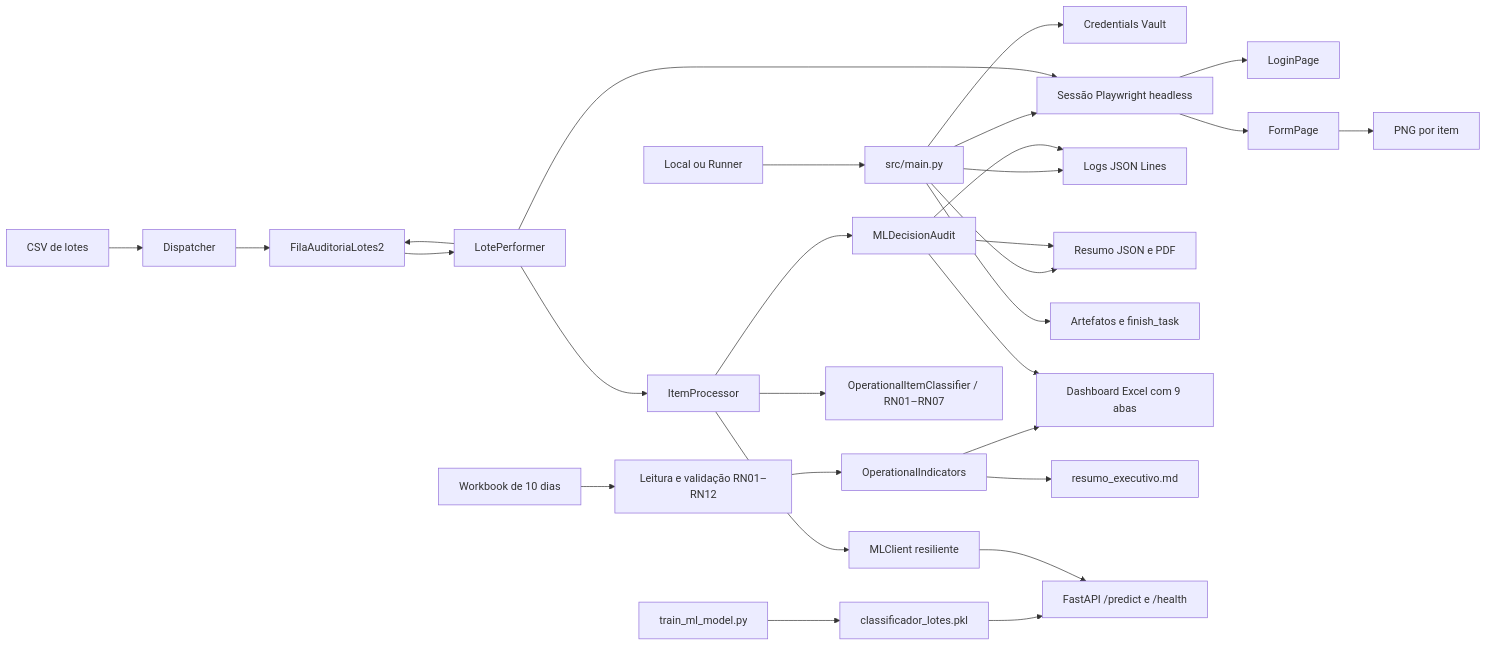
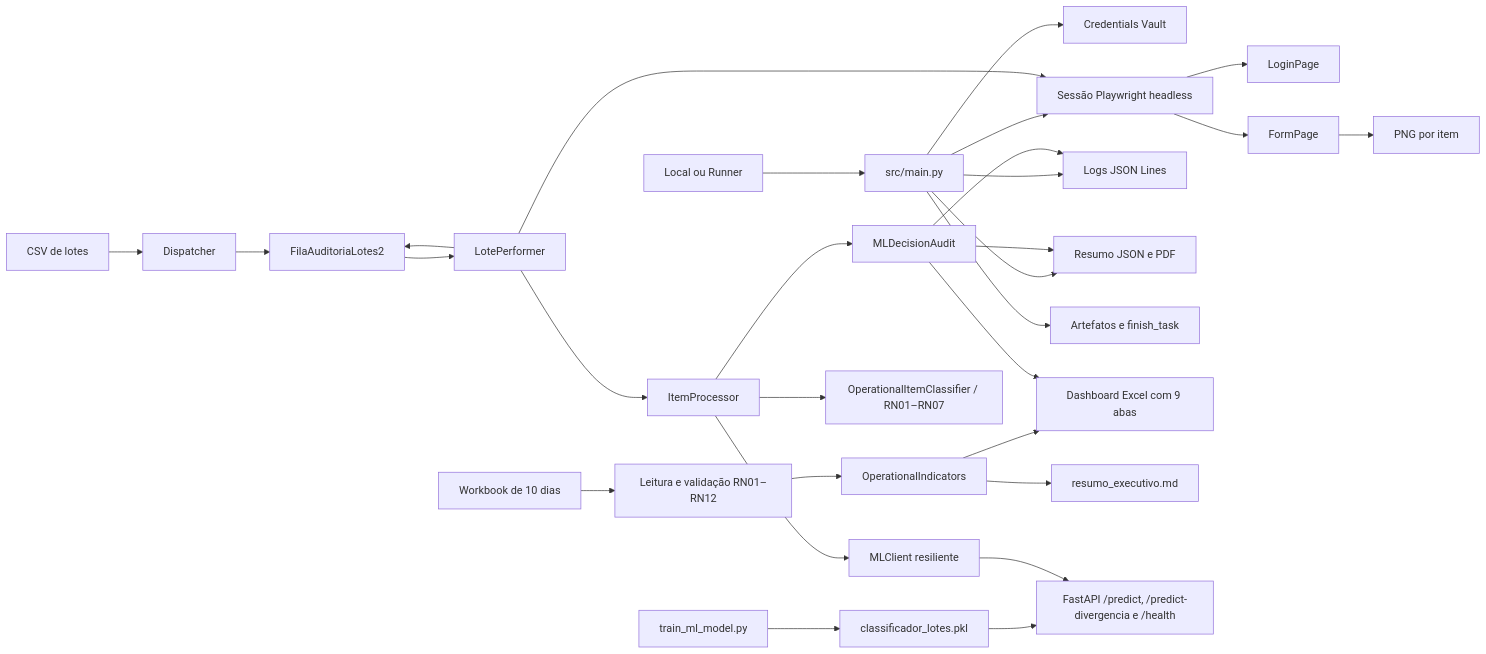
Before and after one commit to g-f307/conferencia-de-lotes: the diagram in README.md, drawn with Mermaid. The commit also changed other lines of this file and 9 other files, not shown here.

````diff
--- a/README.md
+++ b/README.md
@@ -88,31 +88,31 @@
 ```mermaid
 flowchart LR
     CSV[CSV de lotes] --> DISPATCHER[Dispatcher]
     DISPATCHER --> DP[FilaAuditoriaLotes2]
     RUNNER[Local ou Runner] --> MAIN[src/main.py]
     MAIN --> VAULT[Credentials Vault]
     MAIN --> SESSION[Sessão Playwright headless]
     SESSION --> LOGIN[LoginPage]
     DP --> PERFORMER[LotePerformer]
     PERFORMER --> SESSION
     SESSION --> FORM[FormPage]
     FORM --> PNG[PNG por item]
     PERFORMER --> DP
     MAIN --> LOG[Logs JSON Lines]
     MAIN --> REPORT[Resumo JSON e PDF]
     MAIN --> MAESTRO[Artefatos e finish_task]
     XLSX[Workbook de 10 dias] --> READER[Leitura e validação RN01–RN12]
     READER --> INDICATORS[OperationalIndicators]
     INDICATORS --> EXCEL[Dashboard Excel com 9 abas]
     INDICATORS --> MARKDOWN[resumo_executivo.md]
     TRAIN[train_ml_model.py] --> MODEL[classificador_lotes.pkl]
-    MODEL --> MLAPI[FastAPI /predict e /health]
+    MODEL --> MLAPI[FastAPI /predict, /predict-divergencia e /health]
     PERFORMER --> PROCESSOR[ItemProcessor]
     PROCESSOR --> RULES[OperationalItemClassifier / RN01–RN07]
     PROCESSOR --> MLCLIENT[MLClient resiliente]
     MLCLIENT --> MLAPI
     PROCESSOR --> MLAUDIT[MLDecisionAudit]
     MLAUDIT --> LOG
     MLAUDIT --> REPORT
     MLAUDIT --> EXCEL
 ```
````
